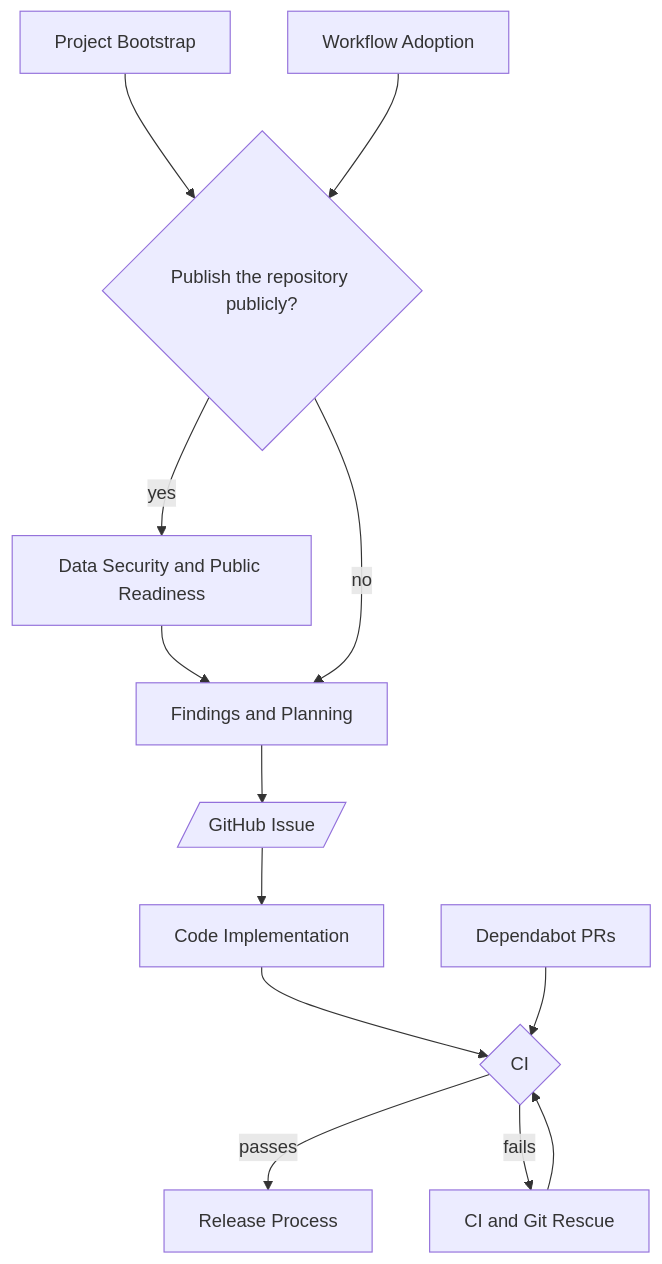
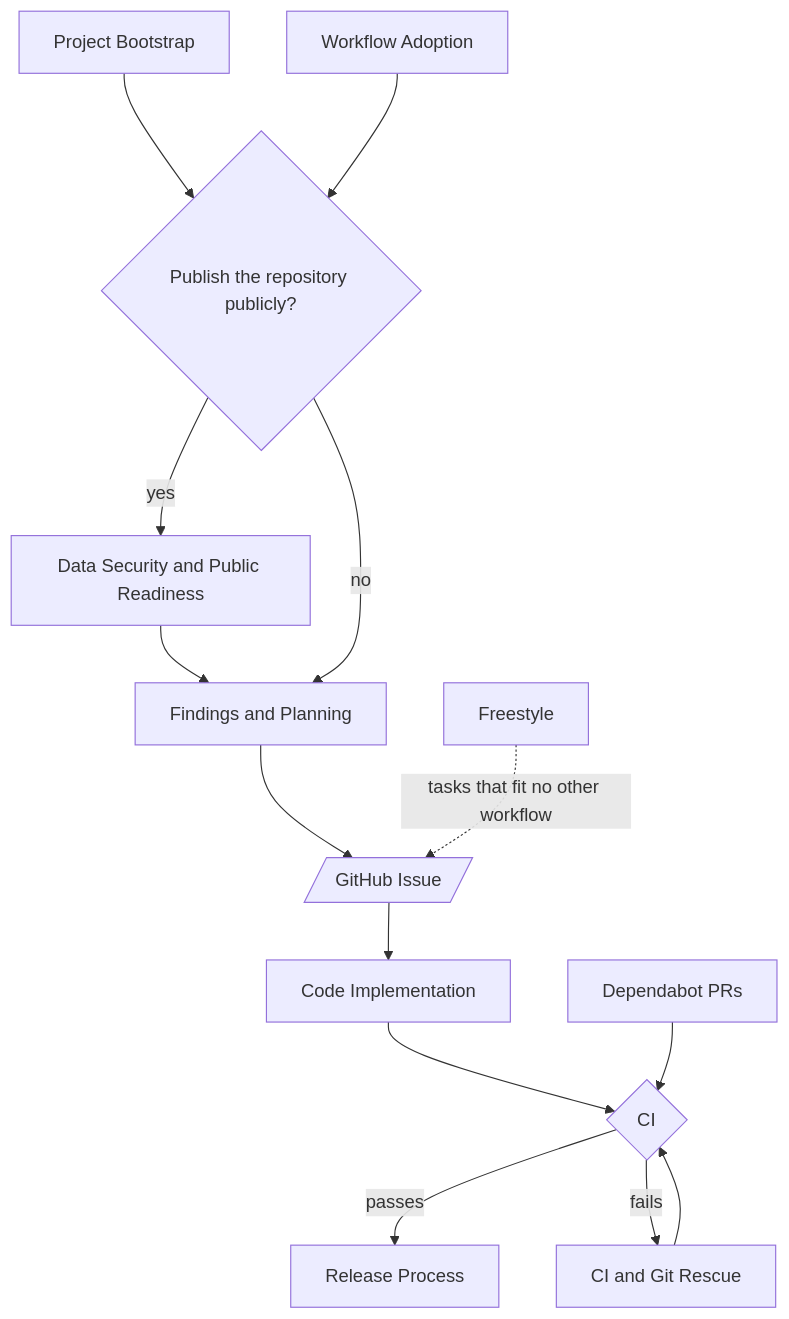
The diagram in README.md (ffooll-bit/GAIN-CODING), drawn with Mermaid before and after one commit. The commit also changed other lines of this file and 11 other files, not shown here.

Commit message:
docs: harden workflow gate enforcement and add Freestyle workflow

````diff
--- a/README.md
+++ b/README.md
@@ -289,16 +325,17 @@
 ```mermaid
 flowchart TD
     A["Project Bootstrap"] --> C{"Publish the repository publicly?"}
     B["Workflow Adoption"] --> C
     C -->|yes| M["Data Security and Public Readiness"]
     M --> D["Findings and Planning"]
     C -->|no| D
     D --> E[/"GitHub Issue"/]
     E --> F["Code Implementation"]
     F --> H{"CI"}
     H -->|passes| K["Release Process"]
     H -->|fails| J["CI and Git Rescue"]
     J --> H
     L["Dependabot PRs"]
     L --> H
+    Z["Freestyle"] -.->|tasks that fit no other workflow| E
 ```
````
